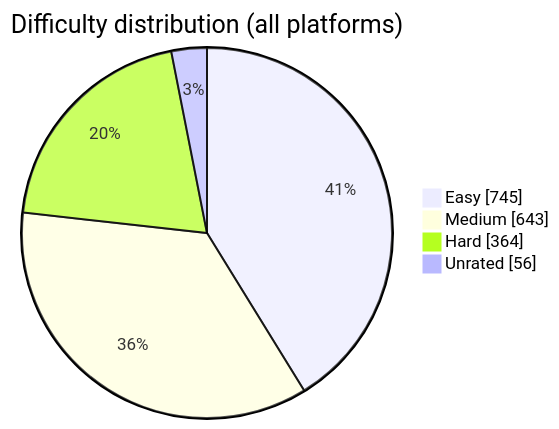
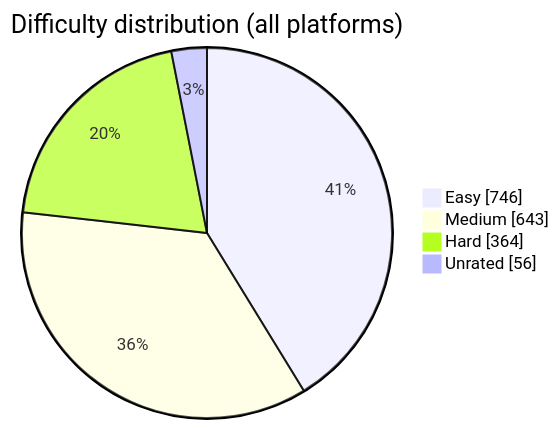
One commit to BuildbyArindam/Daily-Coding-Log changed the diagram in README.md. Above: the diagram before and after it, drawn with Mermaid. The commit also changed other lines of this file, not shown here.

````diff
--- a/README.md
+++ b/README.md
@@ -108,7 +108,7 @@
 ```mermaid
 pie showData title Difficulty distribution (all platforms)
-    "Easy" : 745
+    "Easy" : 746
     "Medium" : 643
     "Hard" : 364
     "Unrated" : 56
 ```
````
